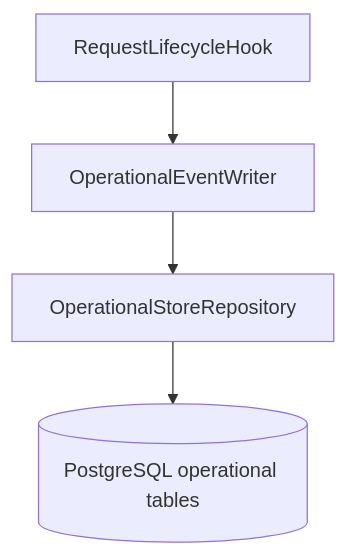
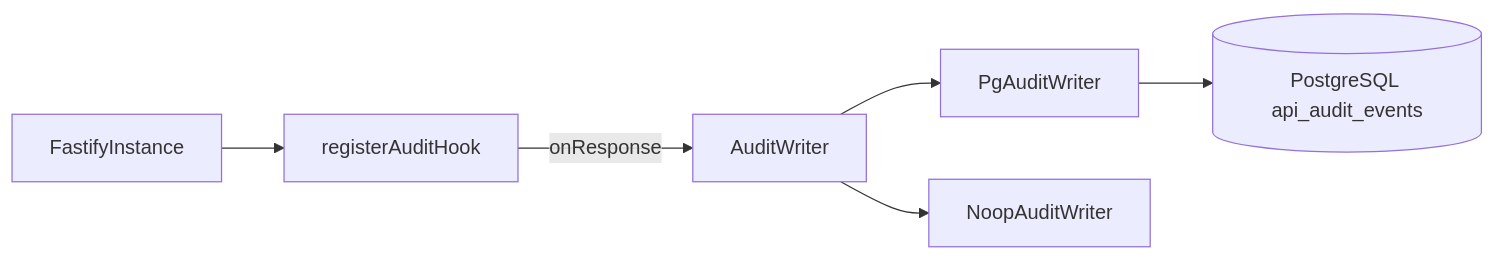
Before and after one commit to TommyKolb/GlossaDocs: the first of 2 diagrams in docs/architecture/modules/operational-store-module.md, drawn with Mermaid. The commit also changed other lines of this file and 10 other files, not shown here.

````diff
--- a/docs/architecture/modules/operational-store-module.md
+++ b/docs/architecture/modules/operational-store-module.md
@@ -16,6 +22,14 @@
 ```mermaid
-flowchart TB
-  hook[RequestLifecycleHook] --> writer[OperationalEventWriter]
-  writer --> repo[OperationalStoreRepository]
-  repo --> db[(PostgreSQL operational tables)]
+flowchart LR
+  app[FastifyInstance]
+  hook[registerAuditHook]
+  aw[AuditWriter]
+  pg[PgAuditWriter]
+  noop[NoopAuditWriter]
+  db[(PostgreSQL api_audit_events)]
+  app --> hook
+  hook -->|onResponse| aw
+  aw --> pg
+  aw --> noop
+  pg --> db
 ```
````
